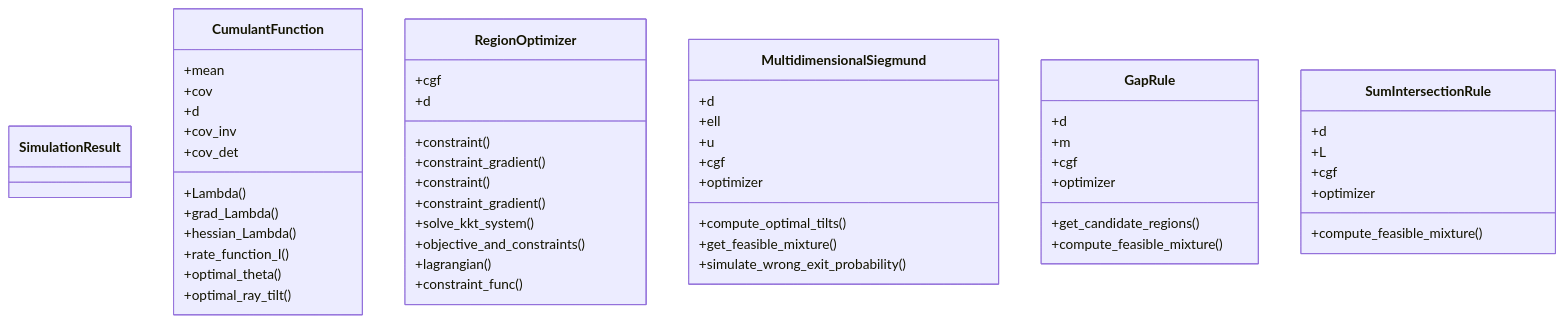
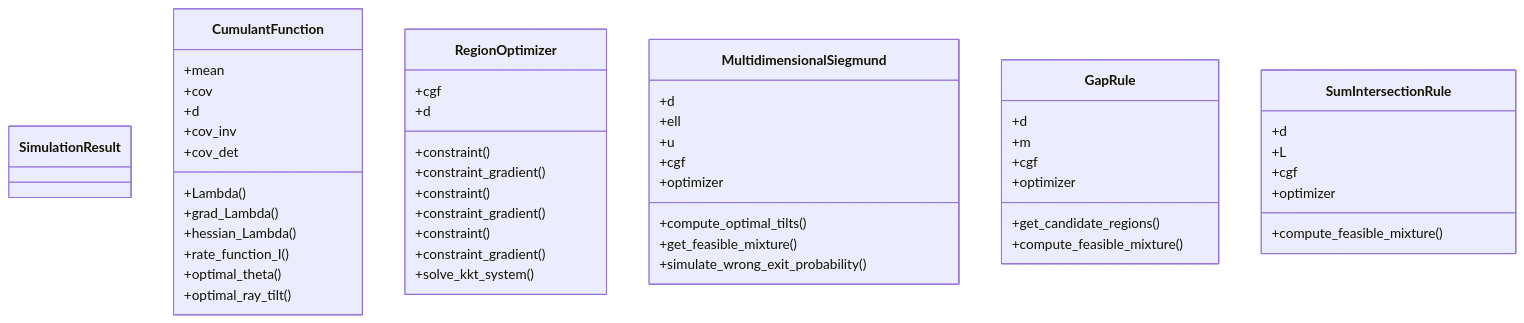
The diagram in docs/architecture/class-diagram.mmd (DiogoRibeiro7/efficient-importance-sampling), drawn with Mermaid before and after one commit. The commit also changed 3 other files, not shown here.

Commit message:
docs: Update architecture diagrams [skip ci]

```diff
--- a/docs/architecture/class-diagram.mmd
+++ b/docs/architecture/class-diagram.mmd
@@ -1,58 +1,57 @@
 classDiagram
   class SimulationResult {
   }
 
   class CumulantFunction {
     +mean
     +cov
     +d
     +cov_inv
     +cov_det
     +Lambda()
     +grad_Lambda()
     +hessian_Lambda()
     +rate_function_I()
     +optimal_theta()
     +optimal_ray_tilt()
   }
 
   class RegionOptimizer {
     +cgf
     +d
     +constraint()
     +constraint_gradient()
     +constraint()
     +constraint_gradient()
+    +constraint()
+    +constraint_gradient()
     +solve_kkt_system()
-    +objective_and_constraints()
-    +lagrangian()
-    +constraint_func()
   }
 
   class MultidimensionalSiegmund {
     +d
     +ell
     +u
     +cgf
     +optimizer
     +compute_optimal_tilts()
     +get_feasible_mixture()
     +simulate_wrong_exit_probability()
   }
 
   class GapRule {
     +d
     +m
     +cgf
     +optimizer
     +get_candidate_regions()
     +compute_feasible_mixture()
   }
 
   class SumIntersectionRule {
     +d
     +L
     +cgf
     +optimizer
     +compute_feasible_mixture()
   }
```
